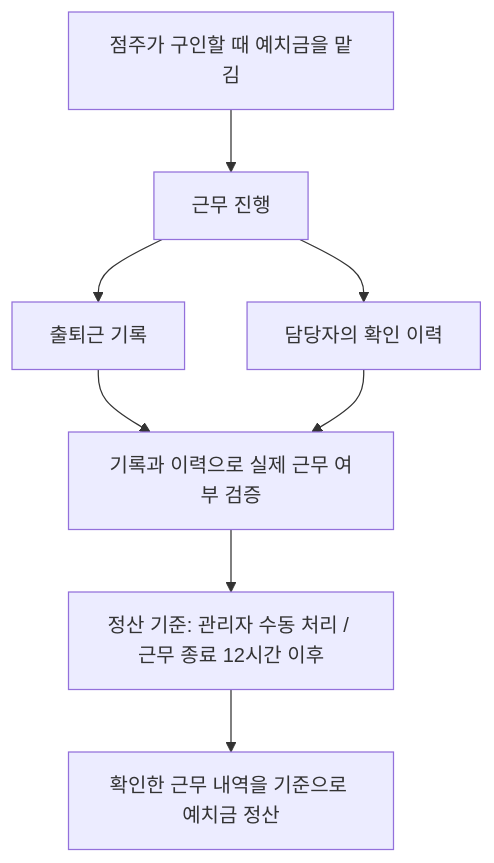
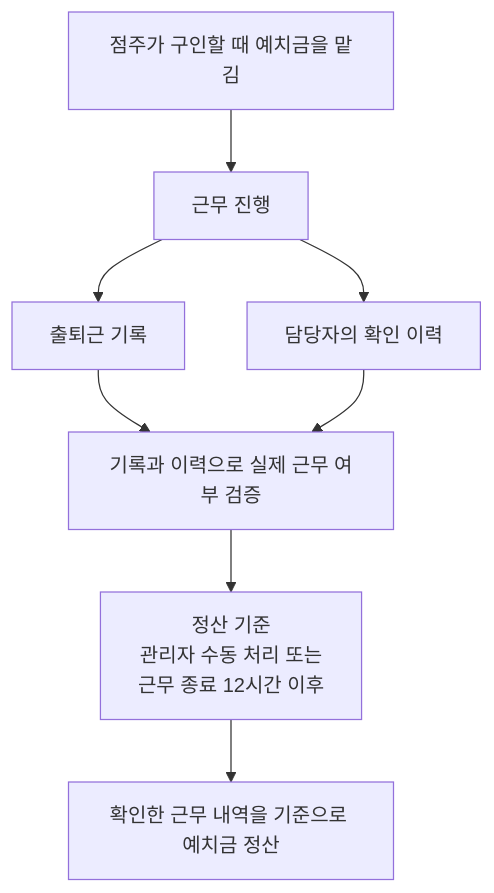
Before and after one commit to KimHG1995/work-history: the first of 3 diagrams in projects/platform-operations/settlement.md, drawn with Mermaid. The commit also changed other lines of this file and 18 other files, not shown here.

Commit message:
docs: 공개 Mermaid 다이어그램 가독성 전수 개선

````diff
--- a/projects/platform-operations/settlement.md
+++ b/projects/platform-operations/settlement.md
@@ -50,10 +50,10 @@
 ```mermaid
 flowchart TD
     deposit["점주가 구인할 때 예치금을 맡김"] --> work["근무 진행"]
     work --> attendance["출퇴근 기록"]
     work --> confirmation["담당자의 확인 이력"]
     attendance --> verify["기록과 이력으로 실제 근무 여부 검증"]
     confirmation --> verify
-    verify --> timing["정산 기준: 관리자 수동 처리 / 근무 종료 12시간 이후"]
+    verify --> timing["정산 기준<br/>관리자 수동 처리 또는<br/>근무 종료 12시간 이후"]
     timing --> settlement["확인한 근무 내역을 기준으로 예치금 정산"]
 ```
````
